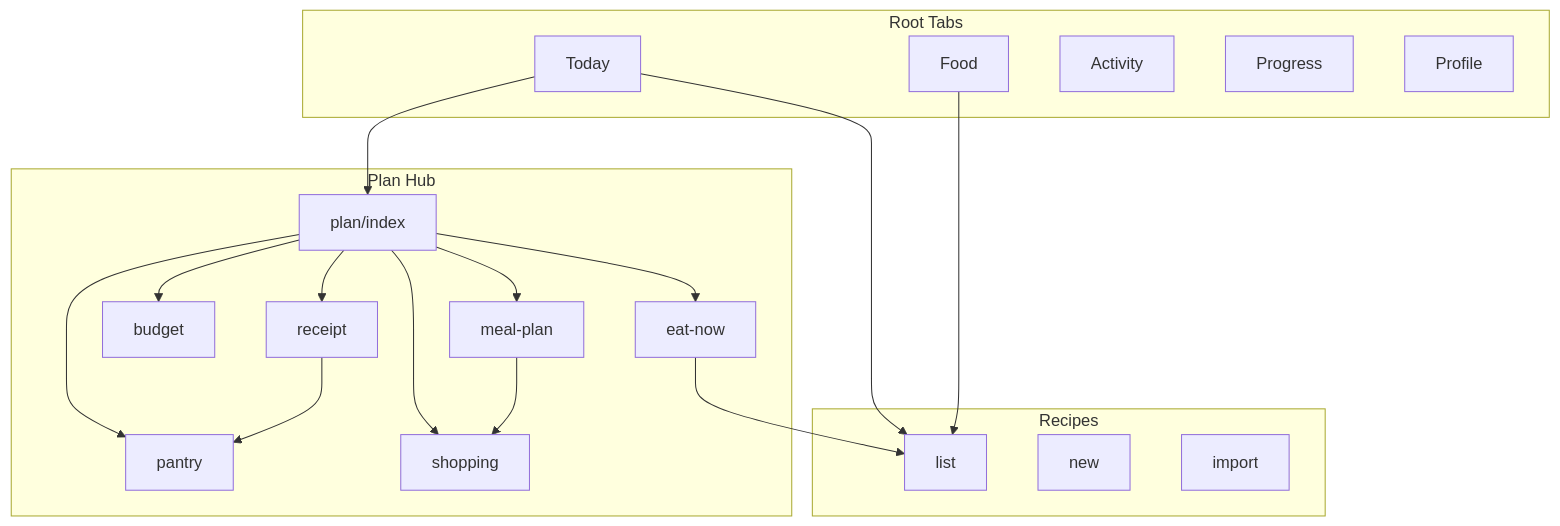
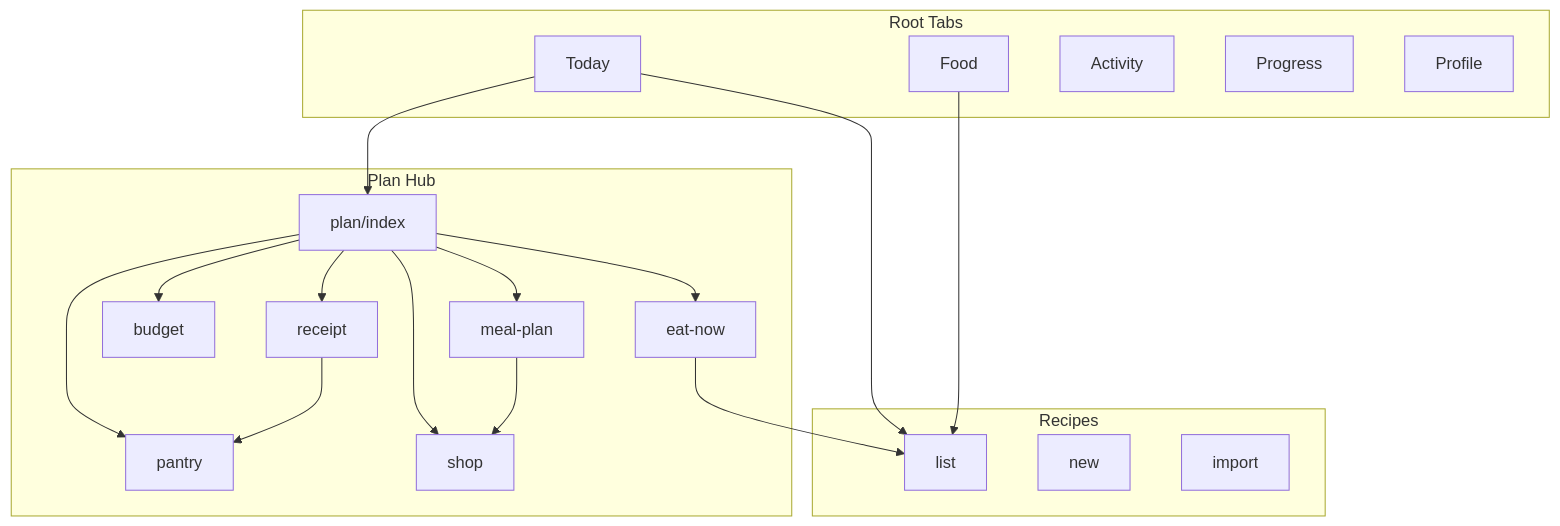
One commit to Alexkucepalov/momentum changed the diagram in docs/product-intelligence/03-INFORMATION-ARCHITECTURE.md. Above: the diagram before and after it, drawn with Mermaid. The commit also changed other lines of this file and 6 other files, not shown here.

````diff
--- a/docs/product-intelligence/03-INFORMATION-ARCHITECTURE.md
+++ b/docs/product-intelligence/03-INFORMATION-ARCHITECTURE.md
@@ -52,39 +68,39 @@
 ```mermaid
 flowchart TB
   subgraph tabs [Root Tabs]
     T[Today]
     F[Food]
     A[Activity]
     P[Progress]
     Pr[Profile]
   end
 
   subgraph plan [Plan Hub]
     PH[plan/index]
     EN[eat-now]
     PA[pantry]
-    SH[shopping]
+    SH[shop]
     BU[budget]
     RC[receipt]
     MP[meal-plan]
   end
 
   subgraph recipes [Recipes]
     RL[list]
     RN[new]
     RI[import]
   end
 
   T --> PH
   T --> RL
   F --> RL
   PH --> EN
   PH --> PA
   PH --> SH
   PH --> BU
   PH --> RC
   PH --> MP
   EN --> RL
   MP --> SH
   RC --> PA
 ```
````
